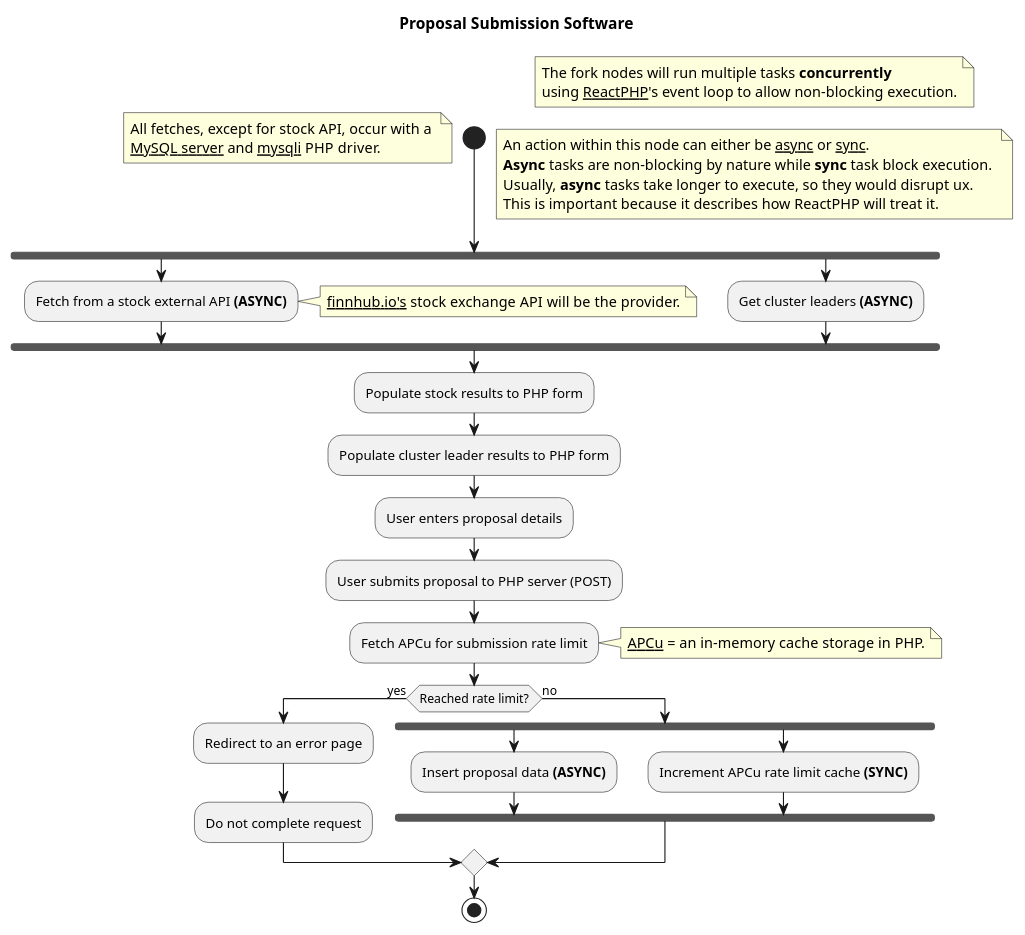
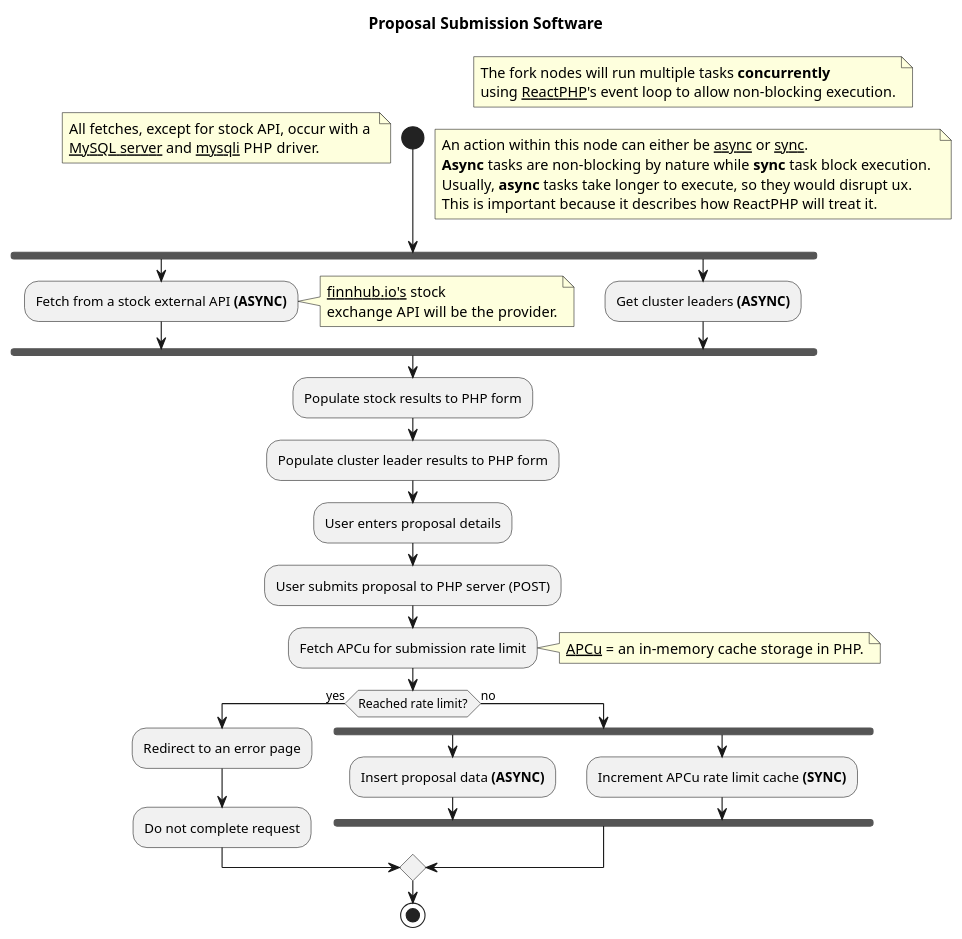
One commit to mystocks-africa/bycig-mkt changed the diagram in software-design/Architecture.md. Above: the diagram before and after it, drawn with PlantUML.

Commit message:
update code to have a note on second line

````diff
--- a/software-design/Architecture.md
+++ b/software-design/Architecture.md
@@ -11,55 +11,56 @@
 ```plantuml
 @startuml
 
 title Proposal Submission Software
 
 start
 note left
   All fetches, except for stock API, occur with a 
   <u>MySQL server</u> and <u>mysqli</u> PHP driver.
 end note
 
 note right
   The fork nodes will run multiple tasks <b>concurrently</b>
   using <u>ReactPHP</u>'s event loop to allow non-blocking execution.
 end note
 
 note right
     An action within this node can either be <u>async</u> or <u>sync</u>.
     <b>Async</b> tasks are non-blocking by nature while <b>sync</b> task block execution. 
     Usually, <b>async</b> tasks take longer to execute, so they would disrupt ux. 
     This is important because it describes how ReactPHP will treat it.
 end note
 
 fork
     :Fetch from a stock external API <b>(ASYNC)</b>;
     note right
-        <u>finnhub.io's</u> stock exchange API will be the provider.
+        <u>finnhub.io's</u> stock
+        exchange API will be the provider.
     end note
 fork again
     :Get cluster leaders <b>(ASYNC)</b>;
 end fork
 
 :Populate stock results to PHP form;
 :Populate cluster leader results to PHP form;
 :User enters proposal details;
 :User submits proposal to PHP server (POST);
 :Fetch APCu for submission rate limit;
 
 note right
   <u>APCu</u> = an in-memory cache storage in PHP.
 end note
 
 if (Reached rate limit?) then (yes)
     :Redirect to an error page;
     :Do not complete request;
 else (no)
     fork
         :Insert proposal data <b>(ASYNC)</b>;
     fork again
         :Increment APCu rate limit cache <b>(SYNC)</b>;
     end fork
 endif
 stop
 @enduml
 ```
````
